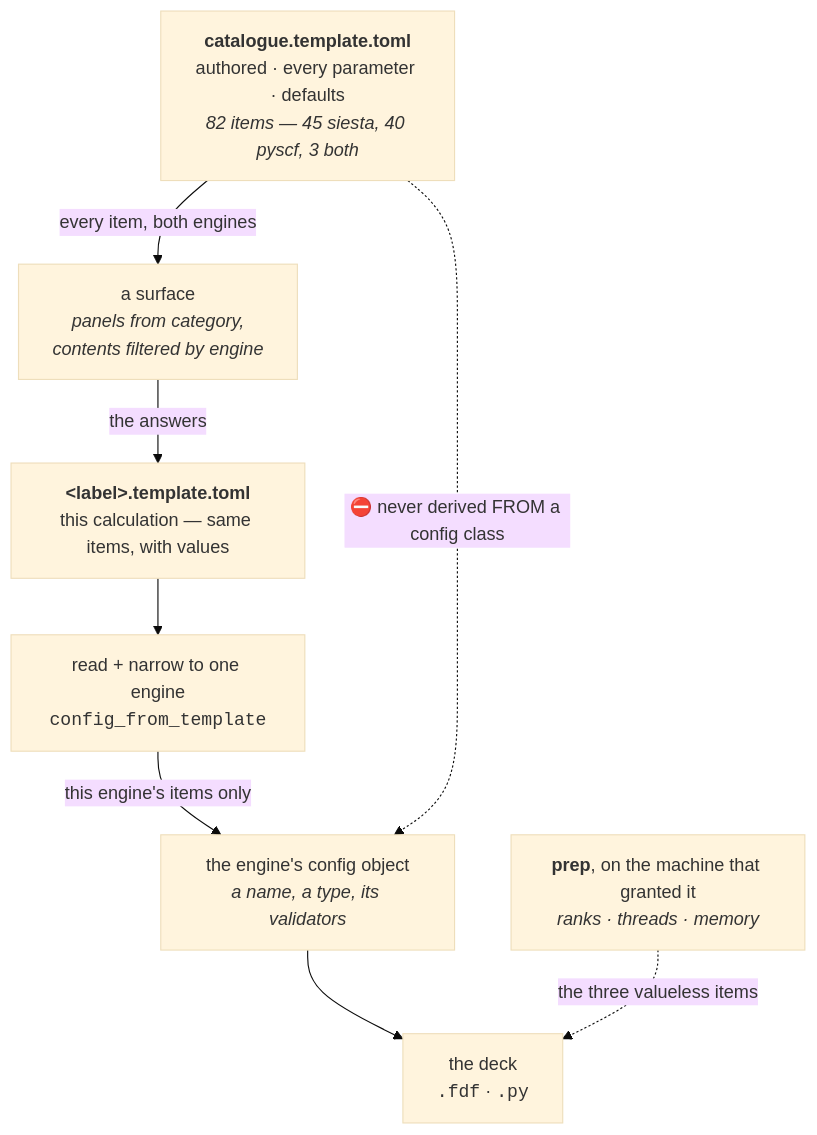
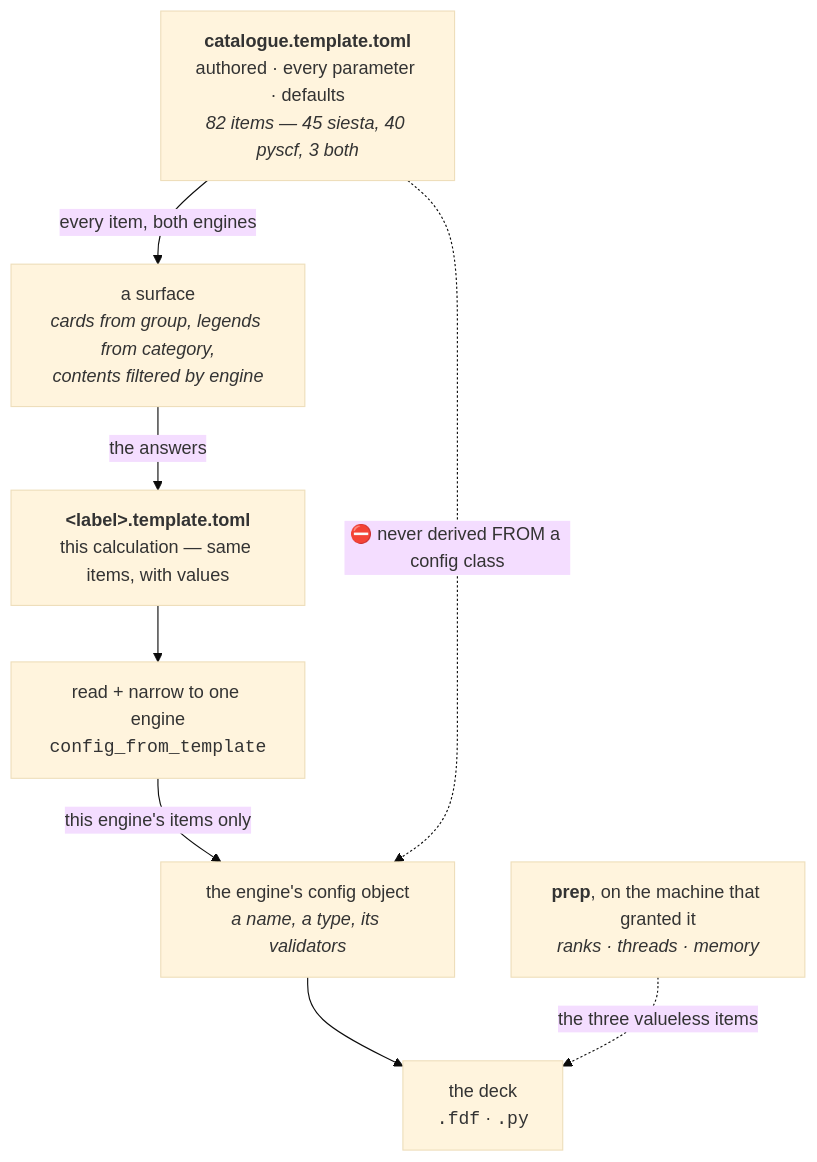
Before and after one commit to Qing-LAB/molbuilder: the second of 8 diagrams in docs/engines/template.md, drawn with Mermaid (base theme). The commit also changed other lines of this file and 43 other files, not shown here.

````diff
--- a/docs/engines/template.md
+++ b/docs/engines/template.md
@@ -353,19 +460,19 @@
 ```mermaid
 flowchart TD
     CAT["<b>catalogue.template.toml</b><br/>authored · every parameter · defaults<br/><i>82 items — 45 siesta, 40 pyscf, 3 both</i>"]
-    UI["a surface<br/><i>panels from category,<br/>contents filtered by engine</i>"]
+    UI["a surface<br/><i>cards from group, legends from category,<br/>contents filtered by engine</i>"]
     TPL["<b>&lt;label&gt;.template.toml</b><br/>this calculation — same items, with values"]
     RD["read + narrow to one engine<br/><code>config_from_template</code>"]
     CFG["the engine's config object<br/><i>a name, a type, its validators</i>"]
     DECK["the deck<br/><code>.fdf</code> · <code>.py</code>"]
     ALLOC["<b>prep</b>, on the machine that granted it<br/><i>ranks · threads · memory</i>"]
 
     CAT -->|"every item, both engines"| UI
     UI -->|"the answers"| TPL
     TPL --> RD
     RD -->|"this engine's items only"| CFG
     CFG --> DECK
     ALLOC -.->|"the three valueless items"| DECK
 
     CAT -.->|"⛔ never derived FROM a config class"| CFG
 ```
````
